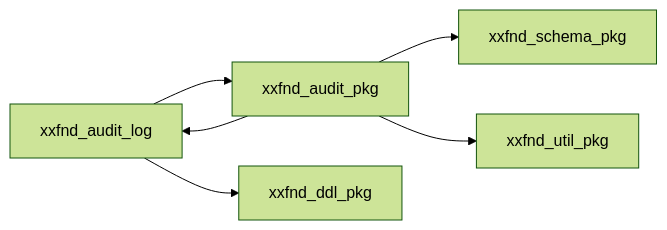
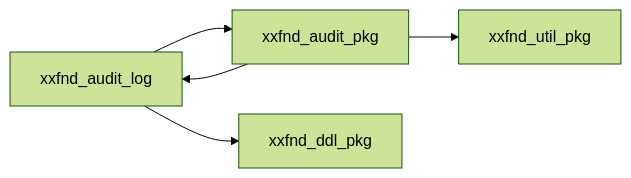
One commit to mazharr-hussain/KycReport changed the diagram in repos/common/db/deploy/diagrams/audit-log.md. Above: the diagram before and after it, drawn with Mermaid (forest theme). The commit also changed 524 other files, not shown here.

````diff
--- a/repos/common/db/deploy/diagrams/audit-log.md
+++ b/repos/common/db/deploy/diagrams/audit-log.md
@@ -3,8 +3,7 @@
 ```mermaid
 graph LR
     xxfnd_audit_log --> xxfnd_audit_pkg
     xxfnd_audit_log --> xxfnd_ddl_pkg
     xxfnd_audit_pkg --> xxfnd_audit_log
-    xxfnd_audit_pkg --> xxfnd_schema_pkg
     xxfnd_audit_pkg --> xxfnd_util_pkg
 ```
````
